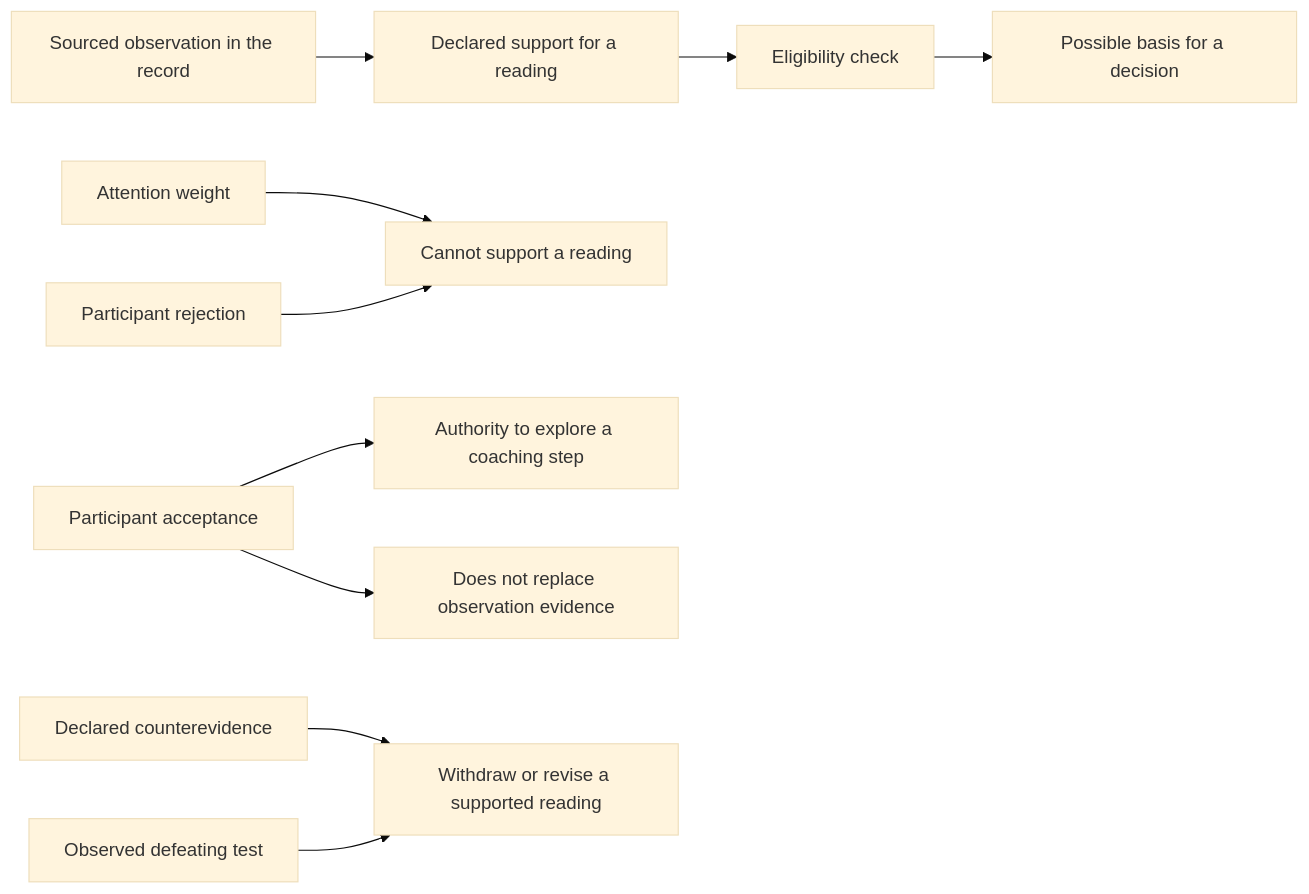
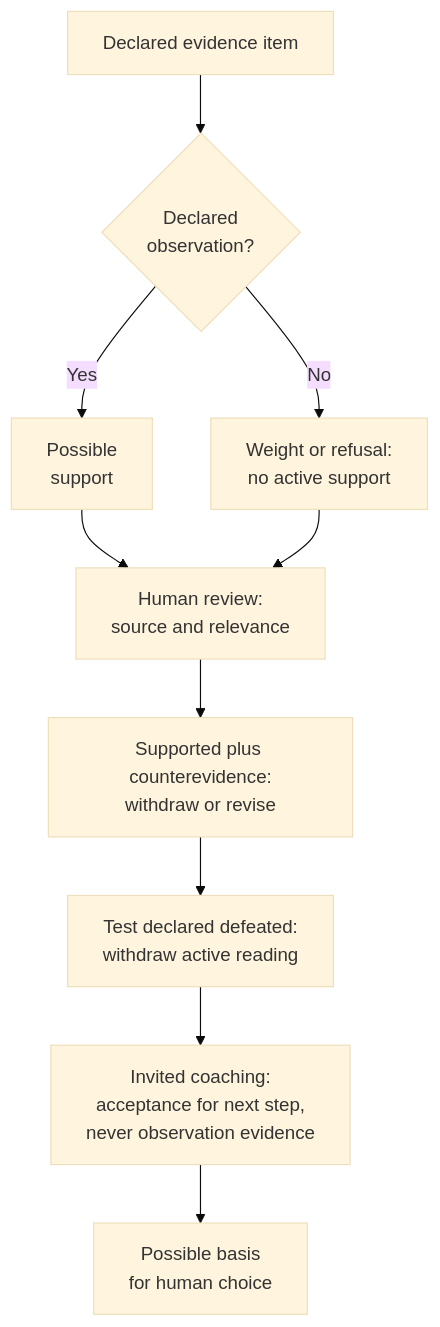
One commit to maciejjankowski/zizkian changed the third of 9 diagrams in docs/guide.md. Above: the diagram before and after it, drawn with Mermaid (base theme). The commit also changed other lines of this file and 69 other files, not shown here.

Commit message:
fix: preserve JSON types and leave passing records awaiting human review

````diff
--- a/docs/guide.md
+++ b/docs/guide.md
@@ -55,12 +44,12 @@
 ```mermaid
-flowchart LR
-    O[Sourced observation in the record] --> S[Declared support for a reading]
-    S --> E[Eligibility check]
-    A[Attention weight] --> X[Cannot support a reading]
-    R[Participant rejection] --> X
-    Q[Participant acceptance] --> P[Authority to explore a coaching step]
-    Q --> Y[Does not replace observation evidence]
-    C[Declared counterevidence] --> W[Withdraw or revise a supported reading]
-    F[Observed defeating test] --> W
-    E --> D[Possible basis for a decision]
+flowchart TD
+    E["Declared evidence item"] --> K{"Declared<br/>observation?"}
+    K -->|Yes| S["Possible<br/>support"]
+    K -->|No| X["Weight or refusal:<br/>no active support"]
+    S --> H["Human review:<br/>source and relevance"]
+    X --> H
+    H --> C["Supported plus counterevidence:<br/>withdraw or revise"]
+    C --> F["Test declared defeated:<br/>withdraw active reading"]
+    F --> A["Invited coaching:<br/>acceptance for next step,<br/>never observation evidence"]
+    A --> D["Possible basis<br/>for human choice"]
 ```
````
